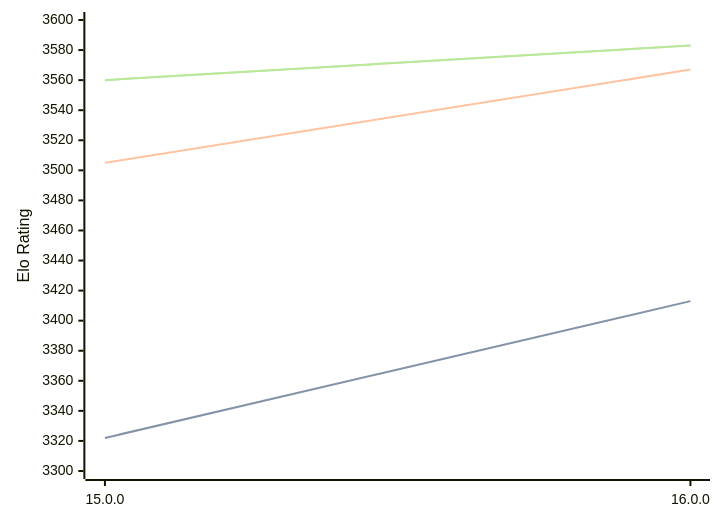
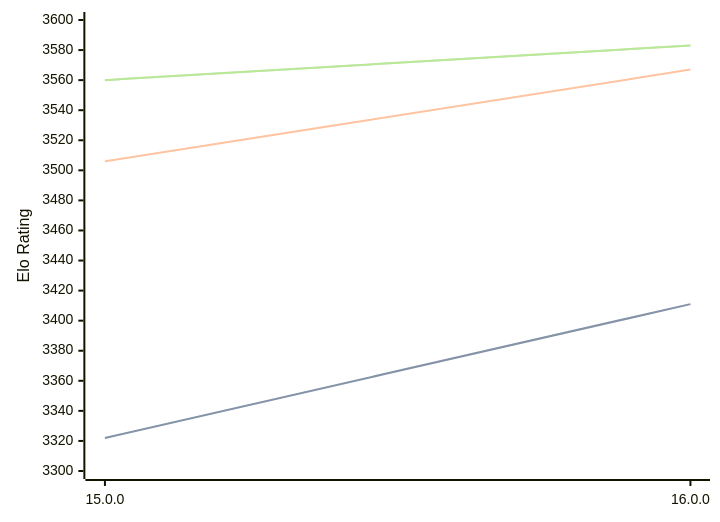
Before and after one commit to computer-chess-index/cci: the diagram in engines/Halogen.md, drawn with Mermaid. The commit also changed other lines of this file, not shown here.

Commit message:
Update CCI Ratings (ELO VLTC) - 2026-02-17

````diff
--- a/engines/Halogen.md
+++ b/engines/Halogen.md
@@ -47,11 +47,11 @@
 ```mermaid
 %%{init: {"theme":"base","themeVariables":{"seriesColors:['#a3a3a3','#222221','#faa371']}}}%%
 xychart-beta
   x-axis ["15.0.0", "16.0.0"]
   y-axis "Elo Rating" 3300 --> 3600
-  line "STC (8.0+0.08s)" [3322, 3413]
-  line "STC (8.0+0.08s)" [3322, 3413]
-  line "LTC (60.0+0.60s)" [3505, 3567]
+  line "STC (8.0+0.08s)" [3322, 3411]
+  line "STC (8.0+0.08s)" [3322, 3411]
+  line "LTC (60.0+0.60s)" [3506, 3567]
   line "VLTC (2m24s+1.12s)" [3560, 3583]
   line "VLTC (2m24s+1.12s)" [3560, 3583]
 ```
````
